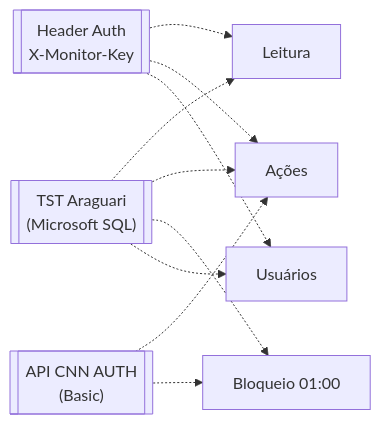
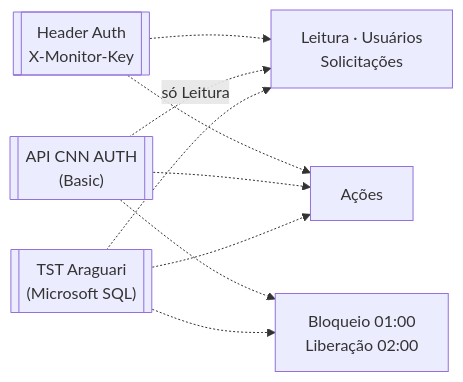
One commit to clariens/painel-integracao-desbloqueio-CNN-web changed the second of 6 diagrams in docs/arquitetura.md. Above: the diagram before and after it, drawn with Mermaid. The commit also changed other lines of this file and 91 other files, not shown here.

First line of the commit message:
Solicitações de desbloqueio e liberação automática após o prazo

````diff
--- a/docs/arquitetura.md
+++ b/docs/arquitetura.md
@@ -66,19 +70,17 @@
 ```mermaid
 flowchart LR
     HK[["Header Auth<br/>X-Monitor-Key"]]
     C1[["API CNN AUTH<br/>(Basic)"]]
     C2[["TST Araguari<br/>(Microsoft SQL)"]]
-    L["Leitura"]
+    W["Leitura · Usuários<br/>Solicitações"]
     A["Ações"]
-    US["Usuários"]
-    B["Bloqueio 01:00"]
-    HK -.-> L
+    R["Bloqueio 01:00<br/>Liberação 02:00"]
+    HK -.-> W
     HK -.-> A
-    HK -.-> US
     C1 -.-> A
-    C1 -.-> B
-    C2 -.-> L
+    C1 -.-> R
+    C1 -. "só Leitura" .-> W
+    C2 -.-> W
     C2 -.-> A
-    C2 -.-> B
-    C2 -.-> US
+    C2 -.-> R
 ```
````
